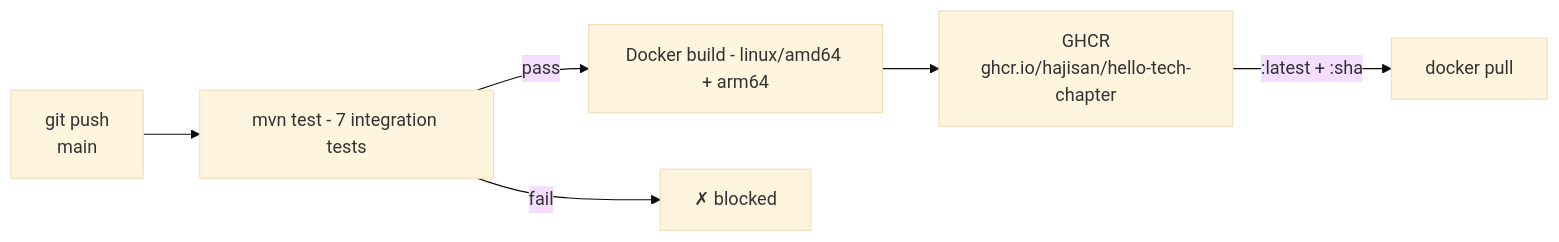
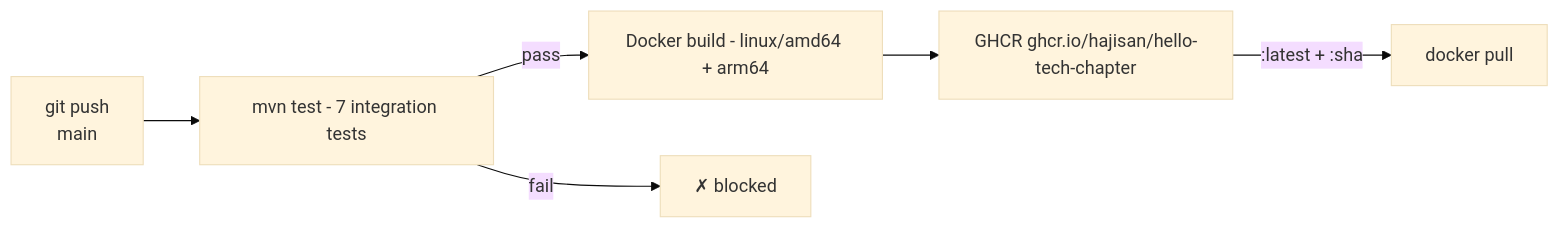
One commit to hajisan/hello-tech-chapter changed the diagram in README.md. Above: the diagram before and after it, drawn with Mermaid (base theme).

Commit message:
Update README flowchart for GHCR formatting

````diff
--- a/README.md
+++ b/README.md
@@ -33,8 +33,8 @@
 ```mermaid
 flowchart LR
     Push["git push\nmain"] --> Test["mvn test - 7 integration tests"]
     Test -->|pass| Build["Docker build - linux/amd64 + arm64"]
     Test -->|fail| Stop["✗ blocked"]
-    Build --> GHCR["GHCR\nghcr.io/hajisan/hello-tech-chapter"]
+    Build --> GHCR["GHCR ghcr.io/hajisan/hello-tech-chapter"]
     GHCR -->|:latest + :sha| Pull["docker pull"]
 ```
````
